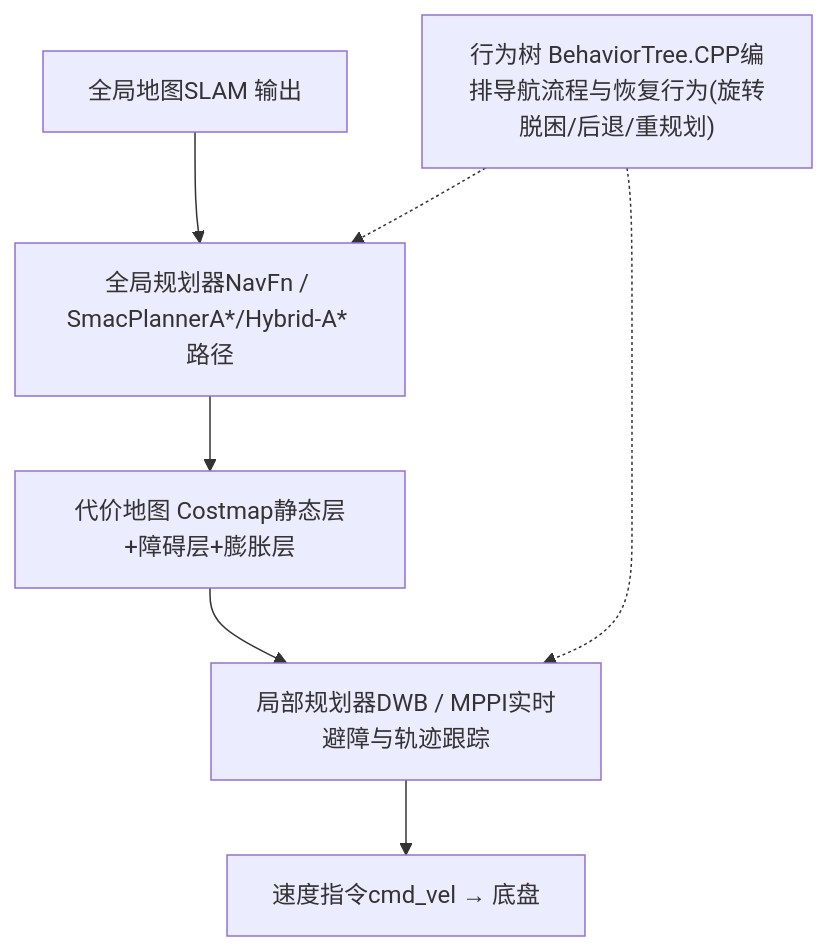
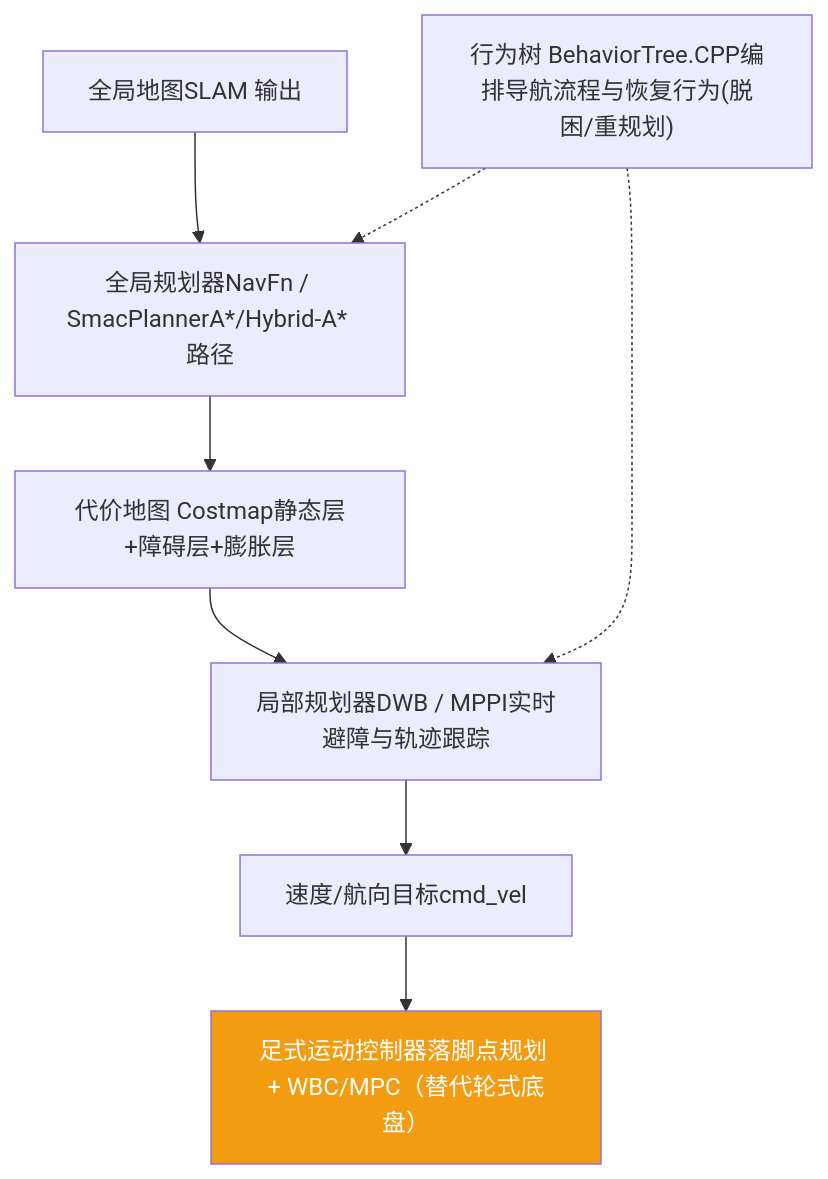
One commit to ranpin/edge-ai-docs changed the sixth of 6 diagrams in robot/general/deployment.md. Above: the diagram before and after it, drawn with Mermaid. The commit also changed other lines of this file and 7 other files, not shown here.

````diff
--- a/robot/general/deployment.md
+++ b/robot/general/deployment.md
@@ -299,9 +304,12 @@
 ```mermaid
 graph TB
     MAP["全局地图SLAM 输出"] --> GP["全局规划器NavFn / SmacPlannerA*/Hybrid-A* 路径"]
     GP --> CM["代价地图 Costmap静态层+障碍层+膨胀层"]
     CM --> LP["局部规划器DWB / MPPI实时避障与轨迹跟踪"]
-    LP --> CMD["速度指令cmd_vel → 底盘"]
-    BT["行为树 BehaviorTree.CPP编排导航流程与恢复行为(旋转脱困/后退/重规划)"] -.-> GP
+    LP --> CMD["速度/航向目标cmd_vel"]
+    CMD --> LOCO["足式运动控制器落脚点规划 + WBC/MPC（替代轮式底盘）"]
+    BT["行为树 BehaviorTree.CPP编排导航流程与恢复行为(脱困/重规划)"] -.-> GP
     BT -.-> LP
+
+    style LOCO fill:#f39c12,color:#fff
 ```
````
